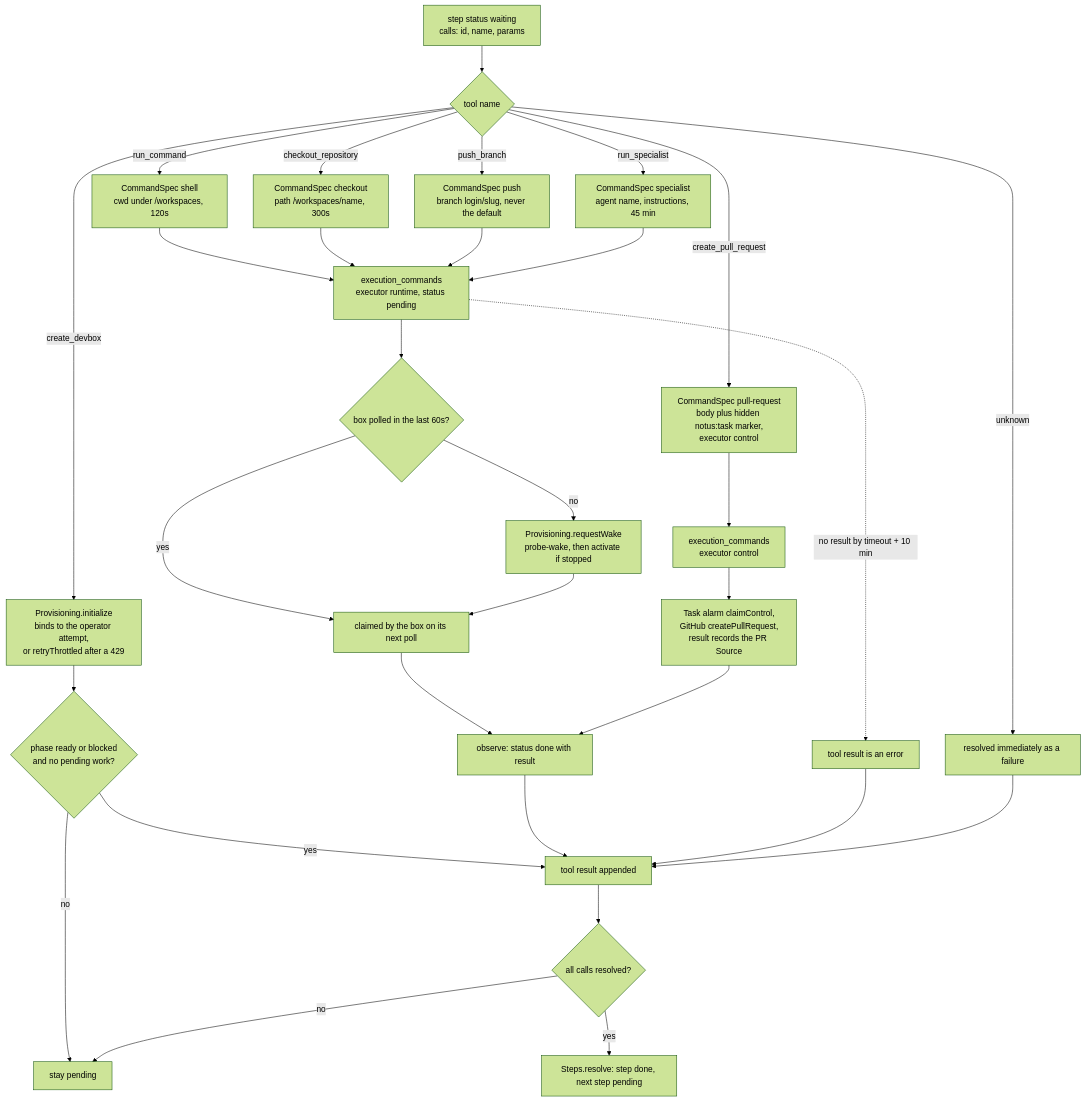
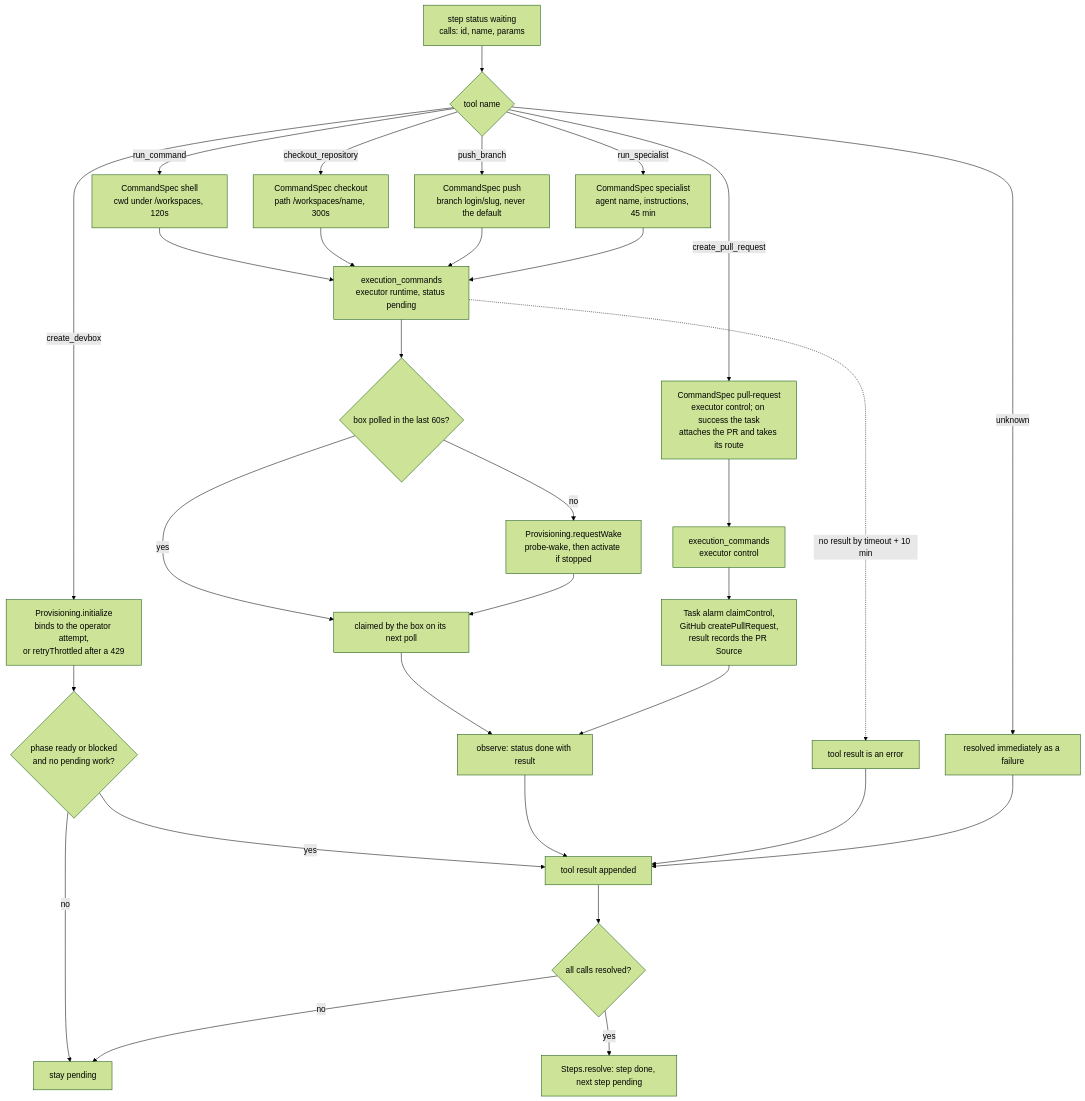
One commit to utopyin/notus changed diagram 12 of 24 in docs/architecture/system.md. Above: the diagram before and after it, drawn with Mermaid (forest theme). The commit also changed other lines of this file and 10 other files, not shown here.

First line of the commit message:
refactor(routing): a pull request is routed when the task opens or checks it out; no marker

````diff
--- a/docs/architecture/system.md
+++ b/docs/architecture/system.md
@@ -503,35 +503,35 @@
 ```mermaid
 flowchart TB
   wait["step status waiting<br/>calls: id, name, params"] --> which{"tool name"}
 
   which -->|"create_devbox"| cd["Provisioning.initialize<br/>binds to the operator attempt,<br/>or retryThrottled after a 429"]
   cd --> cdEval{"phase ready or blocked<br/>and no pending work?"}
   cdEval -->|"no"| pend["stay pending"]
   cdEval -->|"yes"| res["tool result appended"]
 
   which -->|"run_command"| rc["CommandSpec shell<br/>cwd under /workspaces, 120s"]
   which -->|"checkout_repository"| co["CommandSpec checkout<br/>path /workspaces/name, 300s"]
   which -->|"push_branch"| pb["CommandSpec push<br/>branch login/slug, never the default"]
   which -->|"run_specialist"| sp["CommandSpec specialist<br/>agent name, instructions, 45 min"]
-  which -->|"create_pull_request"| pr["CommandSpec pull-request<br/>body plus hidden notus:task marker,<br/>executor control"]
+  which -->|"create_pull_request"| pr["CommandSpec pull-request<br/>executor control; on success the task<br/>attaches the PR and takes its route"]
   which -->|"unknown"| bad["resolved immediately as a failure"]
 
   rc & co & pb & sp --> rt["execution_commands<br/>executor runtime, status pending"]
   rt --> stale{"box polled in the last 60s?"}
   stale -->|"no"| wake["Provisioning.requestWake<br/>probe-wake, then activate if stopped"]
   stale -->|"yes"| poll["claimed by the box on its next poll"]
   wake --> poll
   poll --> obs["observe: status done with result"]
 
   pr --> ctlq["execution_commands<br/>executor control"]
   ctlq --> alarm["Task alarm claimControl,<br/>GitHub createPullRequest,<br/>result records the PR Source"]
   alarm --> obs
 
   obs --> res
   rt -.->|"no result by timeout + 10 min"| failc["tool result is an error"]
   failc --> res
   bad --> res
   res --> allDone{"all calls resolved?"}
   allDone -->|"yes"| next["Steps.resolve: step done, next step pending"]
   allDone -->|"no"| pend
 ```
````
